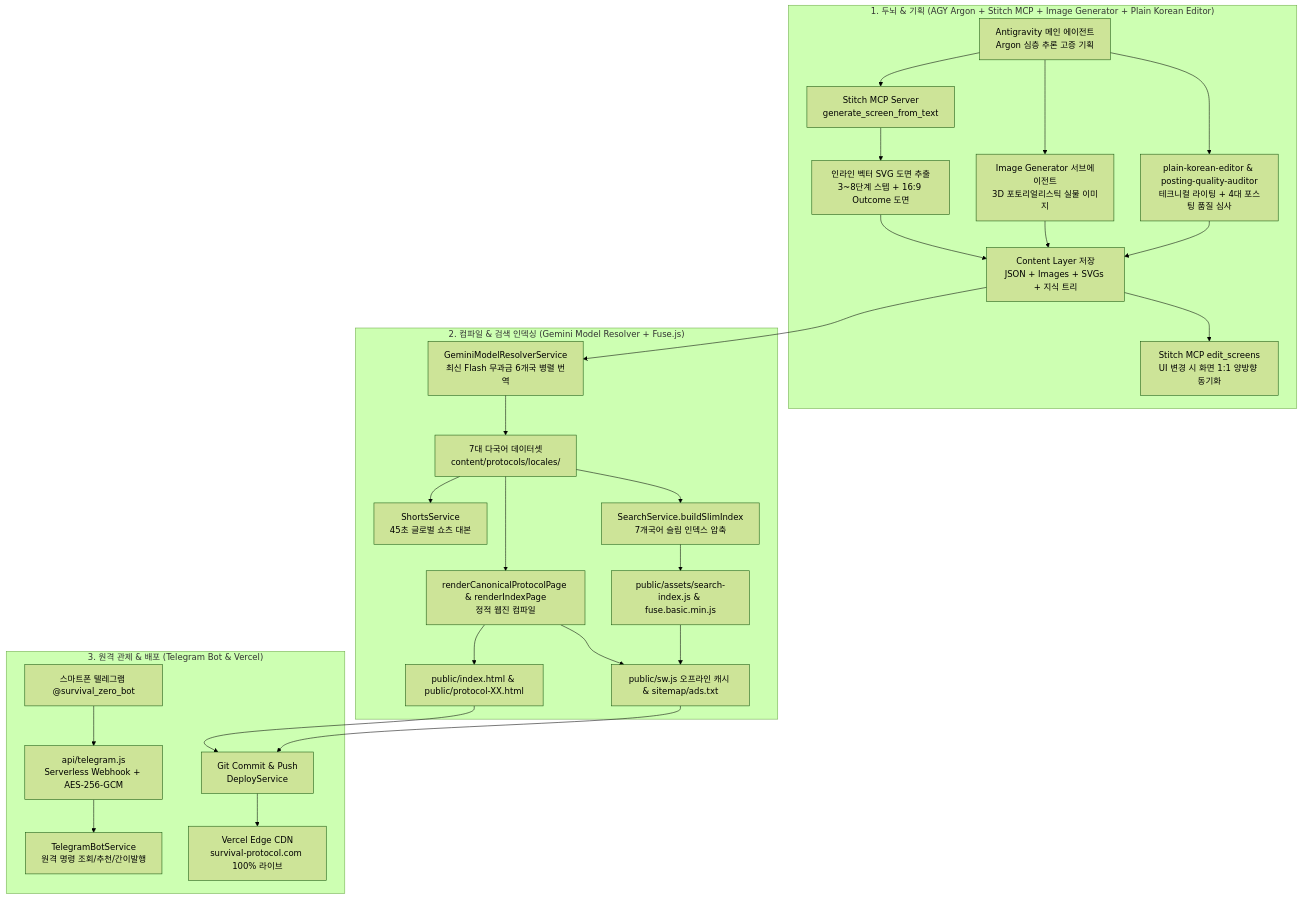
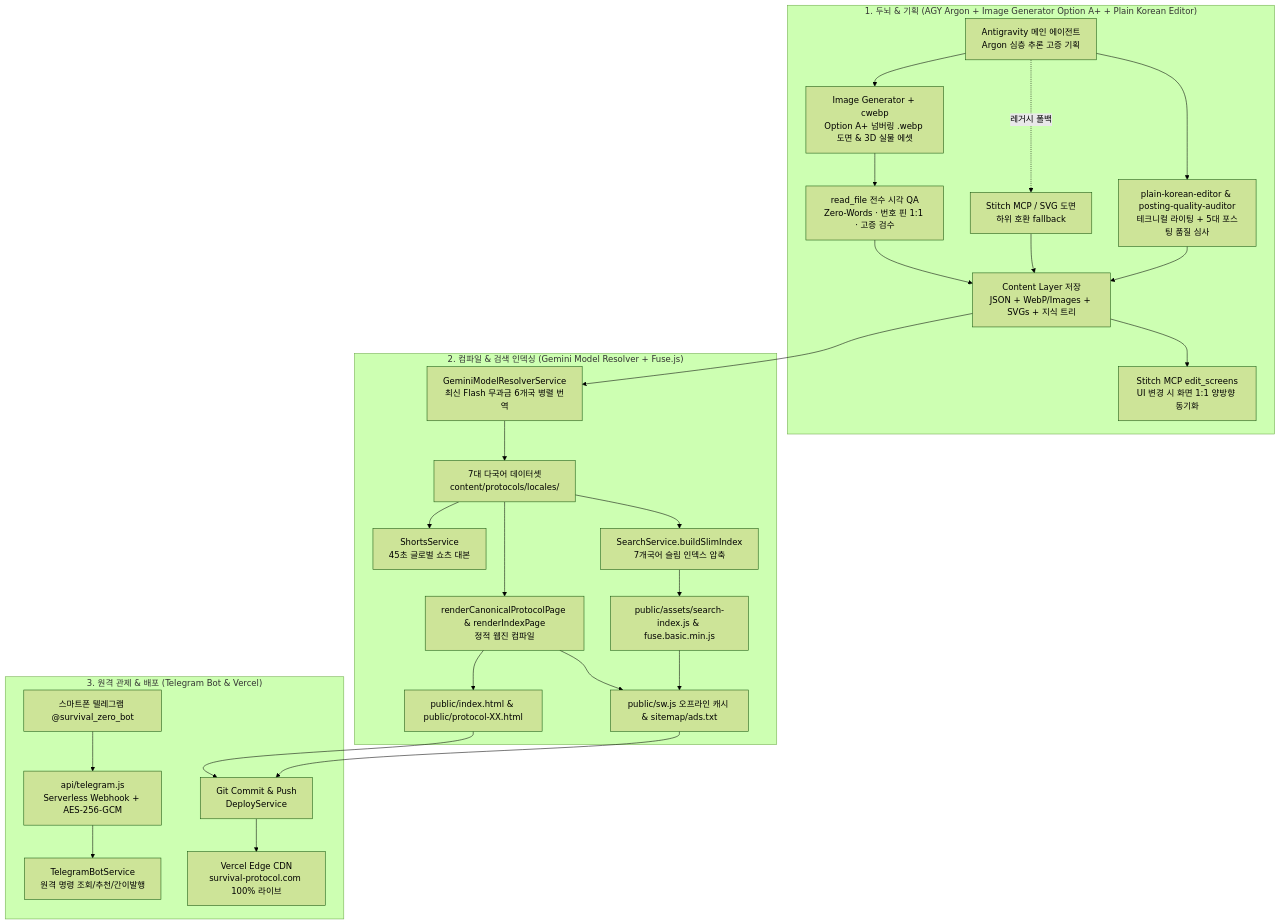
Before and after one commit to zozero94/survival-protocol: the diagram in PROJECT_SPEC.md, drawn with Mermaid (forest theme). The commit also changed other lines of this file and 73 other files, not shown here.

Commit message:
feat(pr-01): upgrade all 6 PR-01 diagrams to Option A+ numbered technical visuals and sync skills/docs

````diff
--- a/PROJECT_SPEC.md
+++ b/PROJECT_SPEC.md
@@ -46,29 +46,29 @@
 ```mermaid
 flowchart TD
-    subgraph Tier1["1. 두뇌 & 기획 (AGY Argon + Stitch MCP + Image Generator + Plain Korean Editor)"]
-        A[Antigravity 메인 에이전트<br/>Argon 심층 추론 고증 기획] --> B[Stitch MCP Server<br/>generate_screen_from_text]
-        A --> IMG[Image Generator 서브에이전트<br/>3D 포토리얼리스틱 실물 이미지]
-        A --> EDT[plain-korean-editor & posting-quality-auditor<br/>테크니컬 라이팅 + 4대 포스팅 품질 심사]
-        B --> C[인라인 벡터 SVG 도면 추출<br/>3~8단계 스텝 + 16:9 Outcome 도면]
-        C & IMG & EDT --> D[Content Layer 저장<br/>JSON + Images + SVGs + 지식 트리]
+    subgraph Tier1["1. 두뇌 & 기획 (AGY Argon + Image Generator Option A+ + Plain Korean Editor)"]
+        A[Antigravity 메인 에이전트<br/>Argon 심층 추론 고증 기획] --> IMG[Image Generator + cwebp<br/>Option A+ 넘버링 .webp 도면 & 3D 실물 에셋]
+        A --> EDT[plain-korean-editor & posting-quality-auditor<br/>테크니컬 라이팅 + 5대 포스팅 품질 심사]
+        A -. 레거시 폴백 .-> B[Stitch MCP / SVG 도면<br/>하위 호환 fallback]
+        IMG --> QA[read_file 전수 시각 QA<br/>Zero-Words · 번호 핀 1:1 · 고증 검수]
+        QA & B & EDT --> D[Content Layer 저장<br/>JSON + WebP/Images + SVGs + 지식 트리]
         D --> E[Stitch MCP edit_screens<br/>UI 변경 시 화면 1:1 양방향 동기화]
     end
 
     subgraph Tier2["2. 컴파일 & 검색 인덱싱 (Gemini Model Resolver + Fuse.js)"]
         D --> F[GeminiModelResolverService<br/>최신 Flash 무과금 6개국 병렬 번역]
         F --> G[7대 다국어 데이터셋<br/>content/protocols/locales/]
         G --> H[renderCanonicalProtocolPage & renderIndexPage<br/>정적 웹진 컴파일]
         G --> I[ShortsService<br/>45초 글로벌 쇼츠 대본]
         G --> SRCH[SearchService.buildSlimIndex<br/>7개국어 슬림 인덱스 압축]
         SRCH --> SIDX[public/assets/search-index.js & fuse.basic.min.js]
         H --> J[public/index.html & public/protocol-XX.html]
         H & SIDX --> K[public/sw.js 오프라인 캐시 & sitemap/ads.txt]
     end
 
     subgraph Tier3["3. 원격 관제 & 배포 (Telegram Bot & Vercel)"]
         L[스마트폰 텔레그램 @survival_zero_bot] --> M[api/telegram.js<br/>Serverless Webhook + AES-256-GCM]
         M --> N[TelegramBotService<br/>원격 명령 조회/추천/간이발행]
         J & K --> O[Git Commit & Push<br/>DeployService]
         O --> P[Vercel Edge CDN<br/>survival-protocol.com 100% 라이브]
     end
 ```
````
